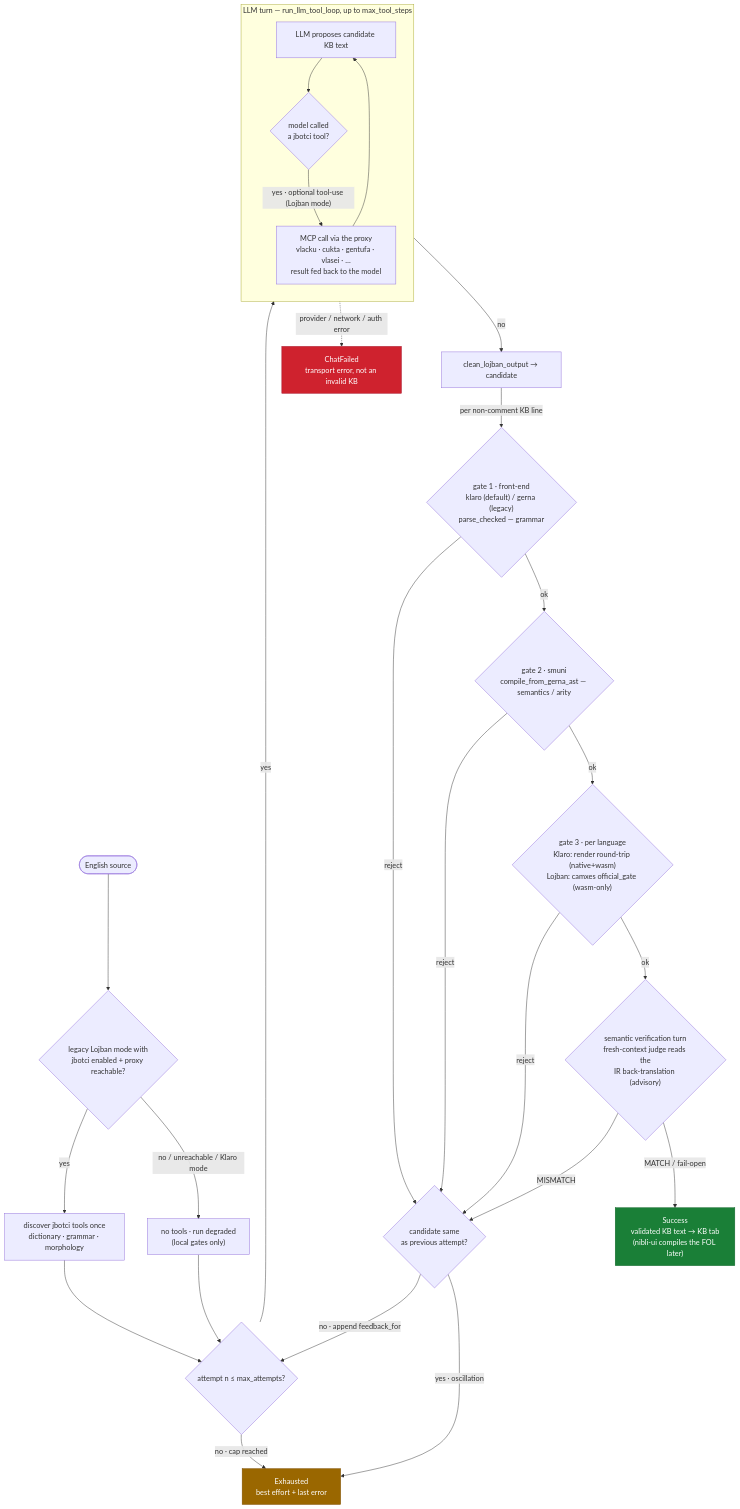
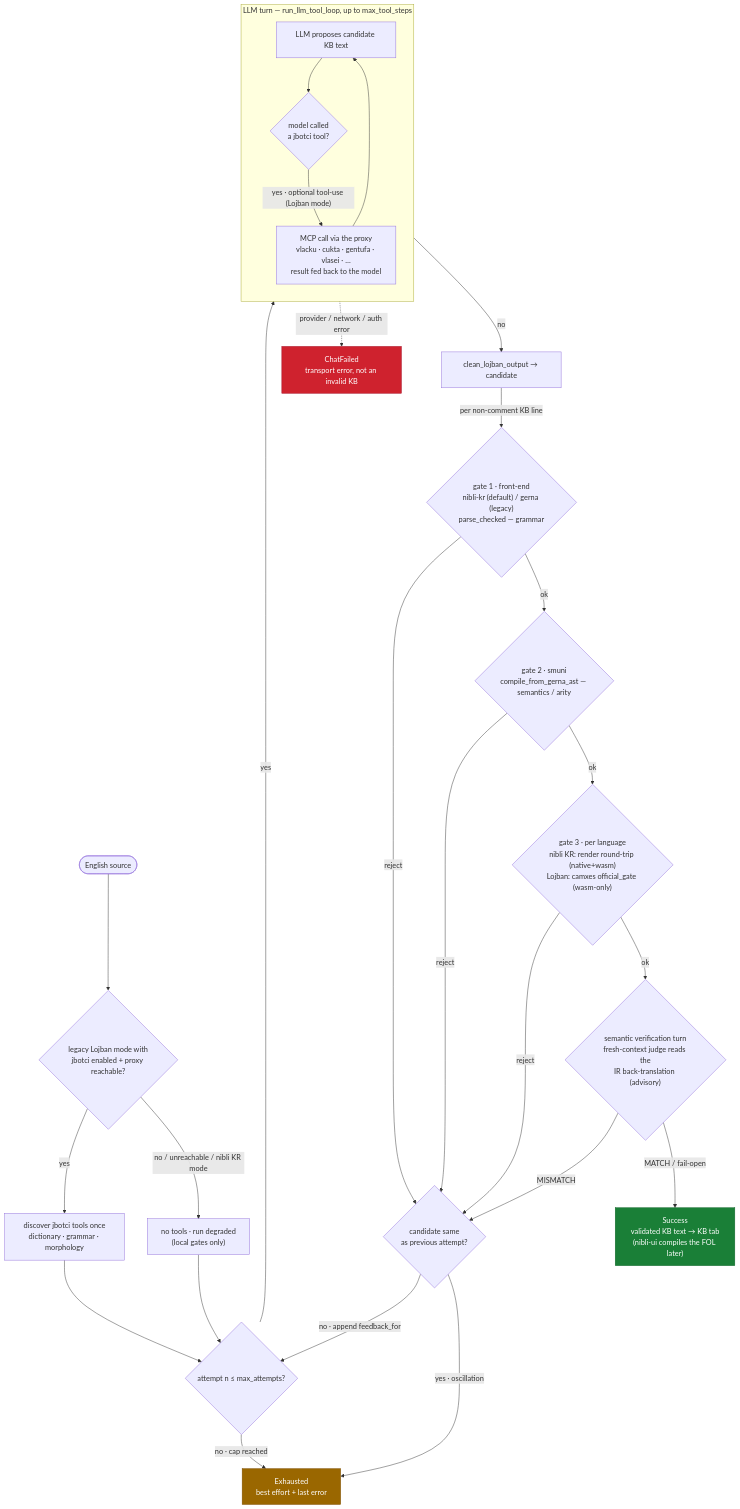
One commit to dhilipsiva/nibli changed the diagram in nibli-fanva/README.md. Above: the diagram before and after it, drawn with Mermaid. The commit also changed other lines of this file and 27 other files, not shown here.

First line of the commit message:
refactor: retire the display name "Klaro" → "nibli KR" (copy, UI, docs)

````diff
--- a/nibli-fanva/README.md
+++ b/nibli-fanva/README.md
@@ -37,43 +37,43 @@
 ```mermaid
 flowchart TD
     src(["English source"]) --> disc{"legacy Lojban mode with<br/>jbotci enabled + proxy reachable?"}
-    disc -->|"no / unreachable / Klaro mode"| deg["no tools · run degraded<br/>(local gates only)"]
+    disc -->|"no / unreachable / nibli KR mode"| deg["no tools · run degraded<br/>(local gates only)"]
     disc -->|yes| have["discover jbotci tools once<br/>dictionary · grammar · morphology"]
     deg --> loop
     have --> loop
 
     loop{"attempt n ≤ max_attempts?"} -->|"no · cap reached"| exh["Exhausted<br/>best effort + last error"]
     loop -->|yes| gen
 
     subgraph turn["LLM turn — run_llm_tool_loop, up to max_tool_steps"]
       direction TB
       gen["LLM proposes candidate KB text"] --> tcq{"model called<br/>a jbotci tool?"}
       tcq -->|"yes · optional tool-use (Lojban mode)"| mcp["MCP call via the proxy<br/>vlacku · cukta · gentufa · vlasei · …<br/>result fed back to the model"]
       mcp --> gen
     end
 
     tcq -->|no| clean["clean_lojban_output → candidate"]
 
-    clean -->|"per non-comment KB line"| g1{"gate 1 · front-end<br/>klaro (default) / gerna (legacy)<br/>parse_checked — grammar"}
+    clean -->|"per non-comment KB line"| g1{"gate 1 · front-end<br/>nibli-kr (default) / gerna (legacy)<br/>parse_checked — grammar"}
     g1 -->|ok| g2{"gate 2 · smuni<br/>compile_from_gerna_ast — semantics / arity"}
-    g2 -->|ok| g3{"gate 3 · per language<br/>Klaro: render round-trip (native+wasm)<br/>Lojban: camxes official_gate (wasm-only)"}
+    g2 -->|ok| g3{"gate 3 · per language<br/>nibli KR: render round-trip (native+wasm)<br/>Lojban: camxes official_gate (wasm-only)"}
     g3 -->|ok| ver{"semantic verification turn<br/>fresh-context judge reads the<br/>IR back-translation (advisory)"}
     ver -->|MATCH / fail-open| ok["Success<br/>validated KB text → KB tab<br/>(nibli-ui compiles the FOL later)"]
 
     g1 -->|reject| osc
     g2 -->|reject| osc
     g3 -->|reject| osc
     ver -->|MISMATCH| osc
 
     osc{"candidate same<br/>as previous attempt?"} -->|"yes · oscillation"| exh
     osc -->|"no · append feedback_for"| loop
 
     gen -.->|"provider / network / auth error"| cf["ChatFailed<br/>transport error, not an invalid KB"]
 
     classDef good fill:#1a7f37,stroke:#116329,color:#fff;
     classDef warn fill:#9a6700,stroke:#7d4e00,color:#fff;
     classDef bad fill:#cf222e,stroke:#a40e26,color:#fff;
     class ok good;
     class exh warn;
     class cf bad;
 ```
````
